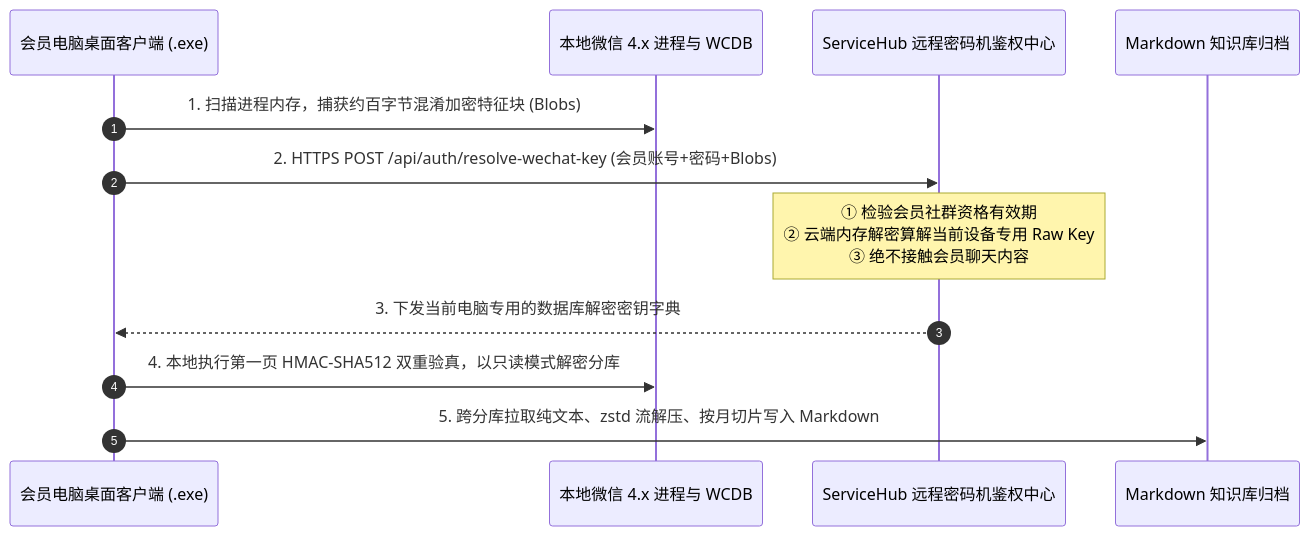
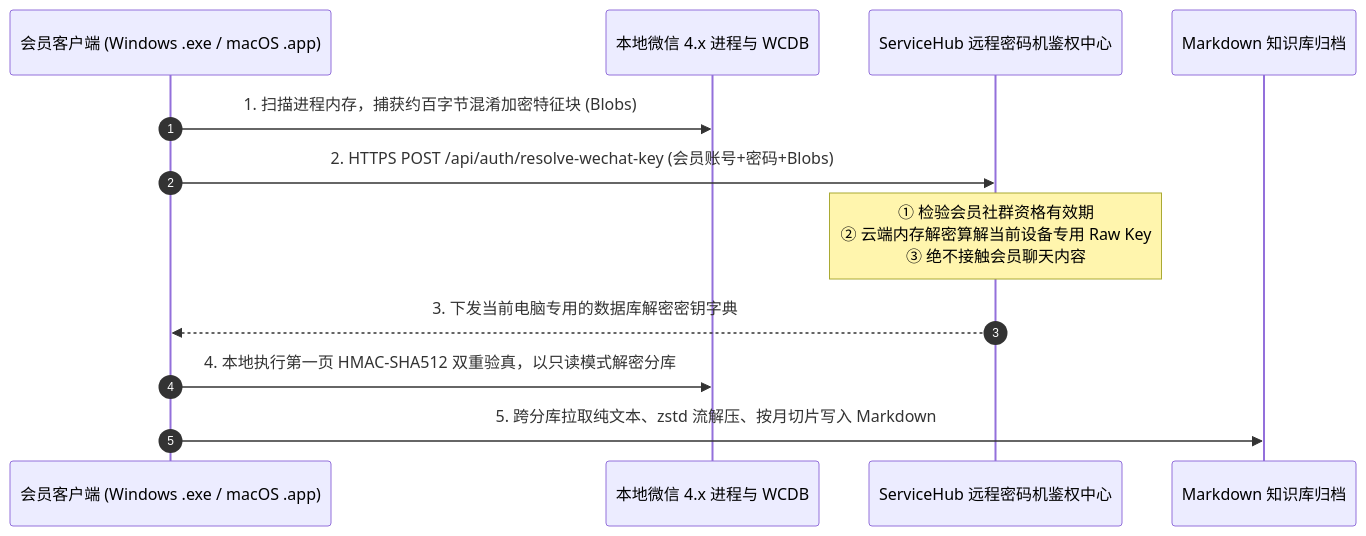
One commit to JasonCai2024/skill-wechat-chat-exporter-member changed the diagram in DISTRIBUTION_GUIDE.md. Above: the diagram before and after it, drawn with Mermaid. The commit also changed other lines of this file and 1 other file, not shown here.

Commit message:
docs: update distribution guide for macOS and dual platform release

````diff
--- a/DISTRIBUTION_GUIDE.md
+++ b/DISTRIBUTION_GUIDE.md
@@ -70,15 +71,15 @@
 ```mermaid
 sequenceDiagram
     autonumber
-    participant Member as 会员电脑桌面客户端 (.exe)
+    participant Member as 会员客户端 (Windows .exe / macOS .app)
     participant WeChat as 本地微信 4.x 进程与 WCDB
     participant Server as ServiceHub 远程密码机鉴权中心
     participant Output as Markdown 知识库归档
 
     Member->>WeChat: 1. 扫描进程内存，捕获约百字节混淆加密特征块 (Blobs)
     Member->>Server: 2. HTTPS POST /api/auth/resolve-wechat-key (会员账号+密码+Blobs)
     Note over Server: ① 检验会员社群资格有效期<br/>② 云端内存解密算解当前设备专用 Raw Key<br/>③ 绝不接触会员聊天内容
     Server-->>Member: 3. 下发当前电脑专用的数据库解密密钥字典
     Member->>WeChat: 4. 本地执行第一页 HMAC-SHA512 双重验真，以只读模式解密分库
     Member->>Output: 5. 跨分库拉取纯文本、zstd 流解压、按月切片写入 Markdown
 ```
````
